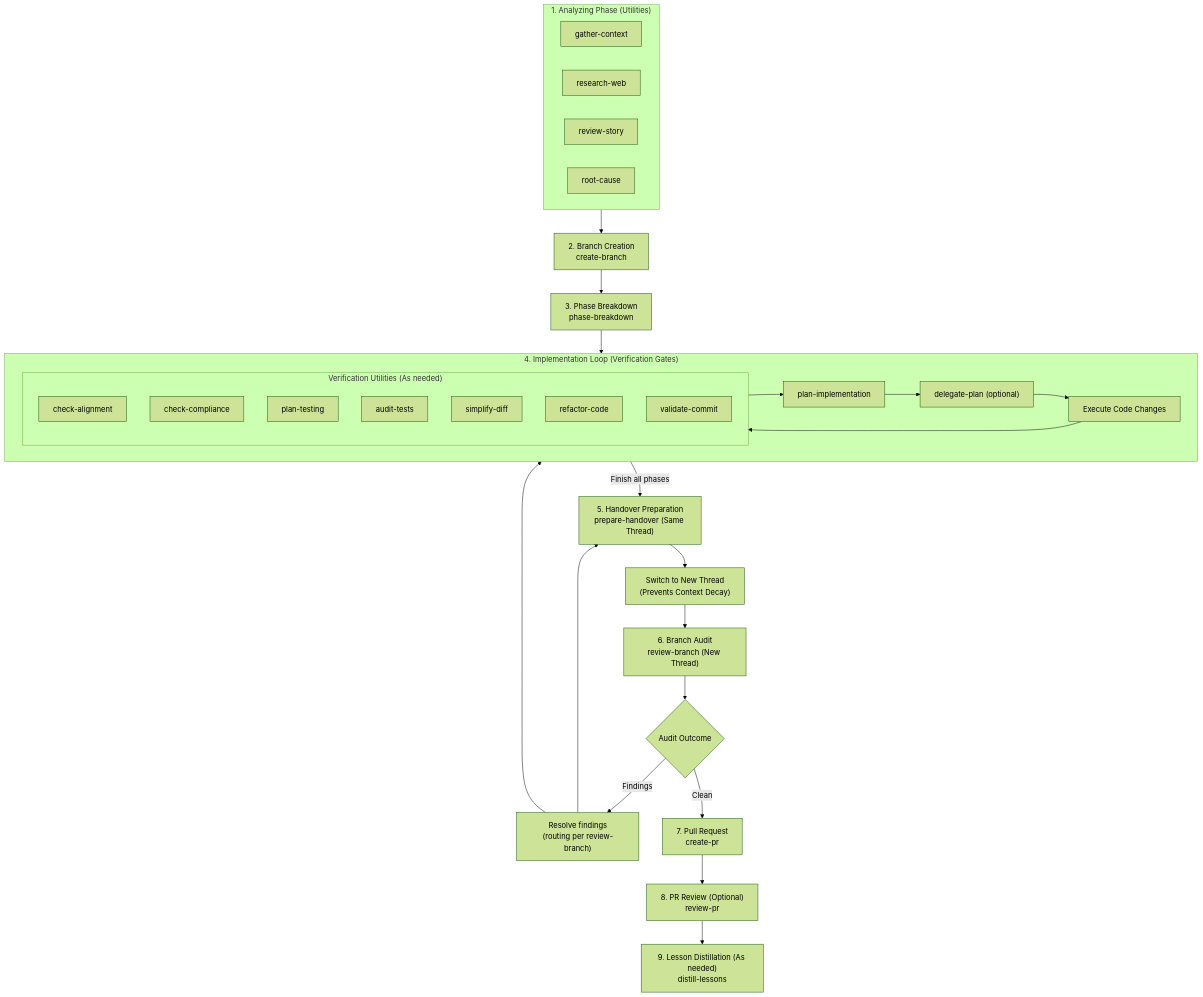
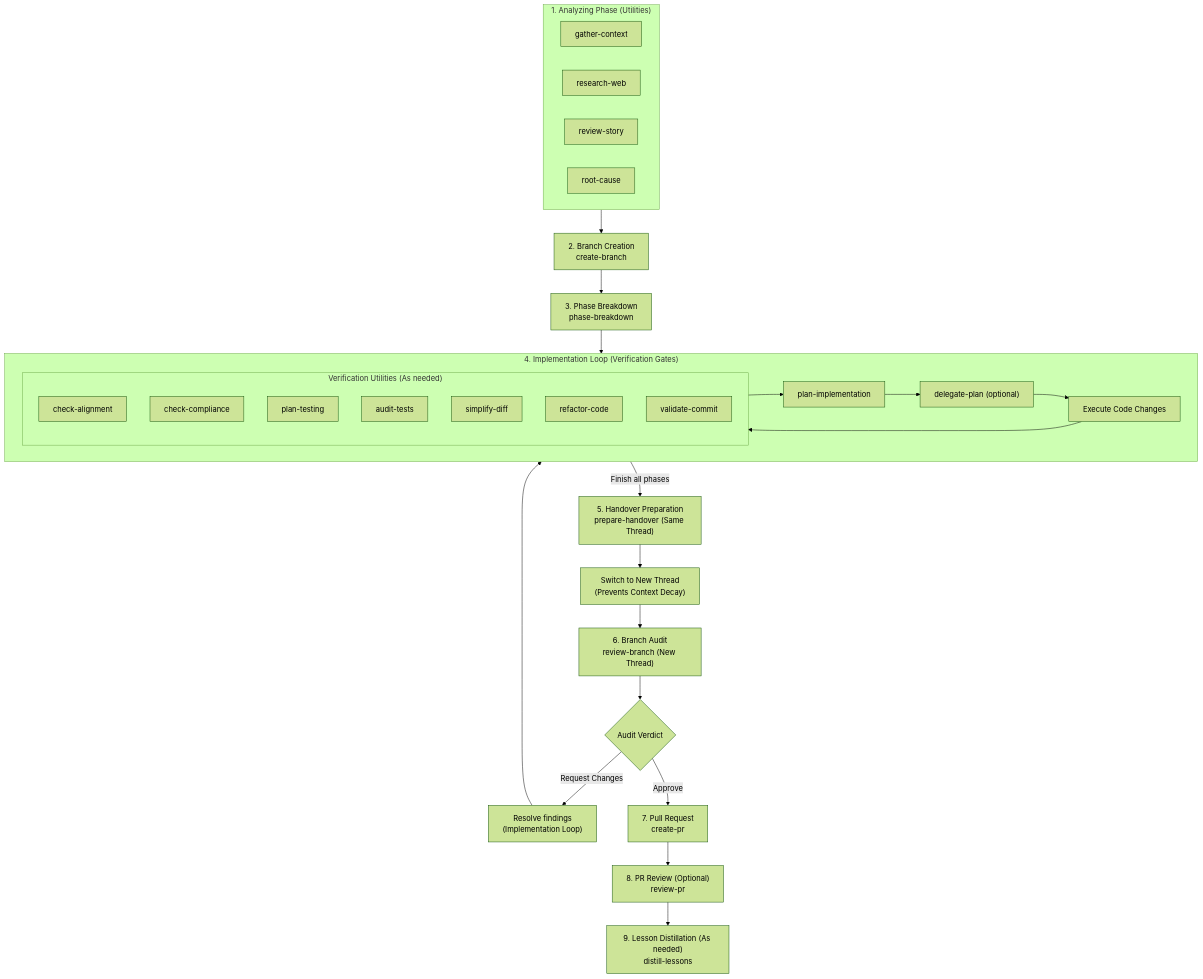
Before and after one commit to jrobertogarcia/agent-workflows: the diagram in LIFECYCLE.md, drawn with Mermaid (forest theme). The commit also changed other lines of this file and 5 other files, not shown here.

````diff
--- a/LIFECYCLE.md
+++ b/LIFECYCLE.md
@@ -13,65 +13,64 @@
 ```mermaid
 graph TD
     %% Analyzing Phase
     subgraph Analyzing ["1. Analyzing Phase (Utilities)"]
         GC["gather-context"]
         RW["research-web"]
         RS["review-story"]
         RC["root-cause"]
     end
 
     %% Branch & Plan Phase
     CB["2. Branch Creation<br>create-branch"]
     PB["3. Phase Breakdown<br>phase-breakdown"]
     
     subgraph Loop ["4. Implementation Loop (Verification Gates)"]
         PI["plan-implementation"]
         DP["delegate-plan (optional)"]
         Code["Execute Code Changes"]
         
         %% Loop Utilities
         subgraph Utilities ["Verification Utilities (As needed)"]
             CA["check-alignment"]
             CC["check-compliance"]
             PT["plan-testing"]
             AT["audit-tests"]
             SD["simplify-diff"]
             RF["refactor-code"]
             VC["validate-commit"]
         end
         
         PI --> DP
         DP --> Code
         Code --> Utilities
         Utilities --> PI
     end
 
     %% Handover & Review Phase
     PH["5. Handover Preparation<br>prepare-handover (Same Thread)"]
     Switch["Switch to New Thread<br>(Prevents Context Decay)"]
     RB["6. Branch Audit<br>review-branch (New Thread)"]
     
     %% Branch Review Outcome
-    Decide{"Audit Outcome"}
-    Fix["Resolve findings<br>(routing per review-branch)"]
+    Decide{"Audit Verdict"}
+    Fix["Resolve findings<br>(Implementation Loop)"]
     
     %% PR Release Phase
     CPR["7. Pull Request<br>create-pr"]
     RPR["8. PR Review (Optional)<br>review-pr"]
     DL["9. Lesson Distillation (As needed)<br>distill-lessons"]
 
     %% Flow connections
     Analyzing --> CB
     CB --> PB
     PB --> Loop
     Loop -->|Finish all phases| PH
     PH --> Switch
     Switch --> RB
     RB --> Decide
-    Decide -->|Findings| Fix
-    Decide -->|Clean| CPR
-    Fix --> PH
+    Decide -->|Request Changes| Fix
+    Decide -->|Approve| CPR
     Fix --> Loop
     CPR --> RPR
     RPR --> DL
 ```
````
